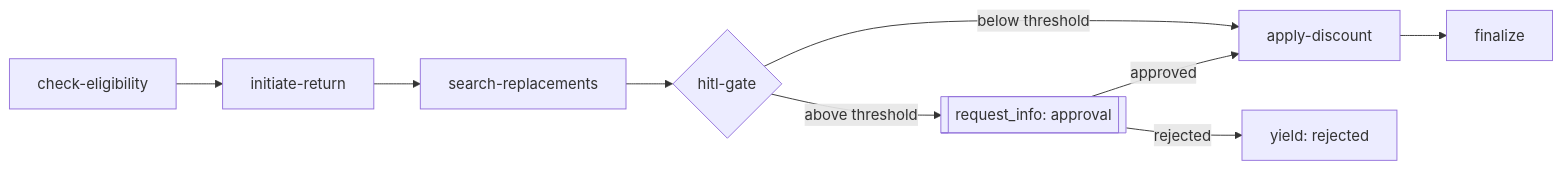
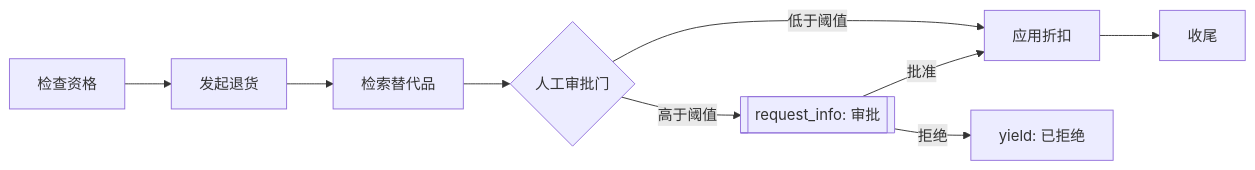
Before and after one commit to s1encisi/reliable-commerce-agents: the second of 3 diagrams in docs/maf-best-practices.md, drawn with Mermaid. The commit also changed other lines of this file and 1033 other files, not shown here.

````diff
--- a/docs/maf-best-practices.md
+++ b/docs/maf-best-practices.md
@@ -103,11 +99,11 @@
 ```mermaid
 flowchart LR
-    C[check-eligibility] --> I[initiate-return]
-    I --> SR[search-replacements]
-    SR --> G{hitl-gate}
-    G -- below threshold --> D[apply-discount]
-    G -- above threshold --> RI[[request_info: approval]]
-    RI -- approved --> D
-    RI -- rejected --> X[yield: rejected]
-    D --> F[finalize]
+    C[检查资格] --> I[发起退货]
+    I --> SR[检索替代品]
+    SR --> G{人工审批门}
+    G -- 低于阈值 --> D[应用折扣]
+    G -- 高于阈值 --> RI[[request_info: 审批]]
+    RI -- 批准 --> D
+    RI -- 拒绝 --> X[yield: 已拒绝]
+    D --> F[收尾]
 ```
````
